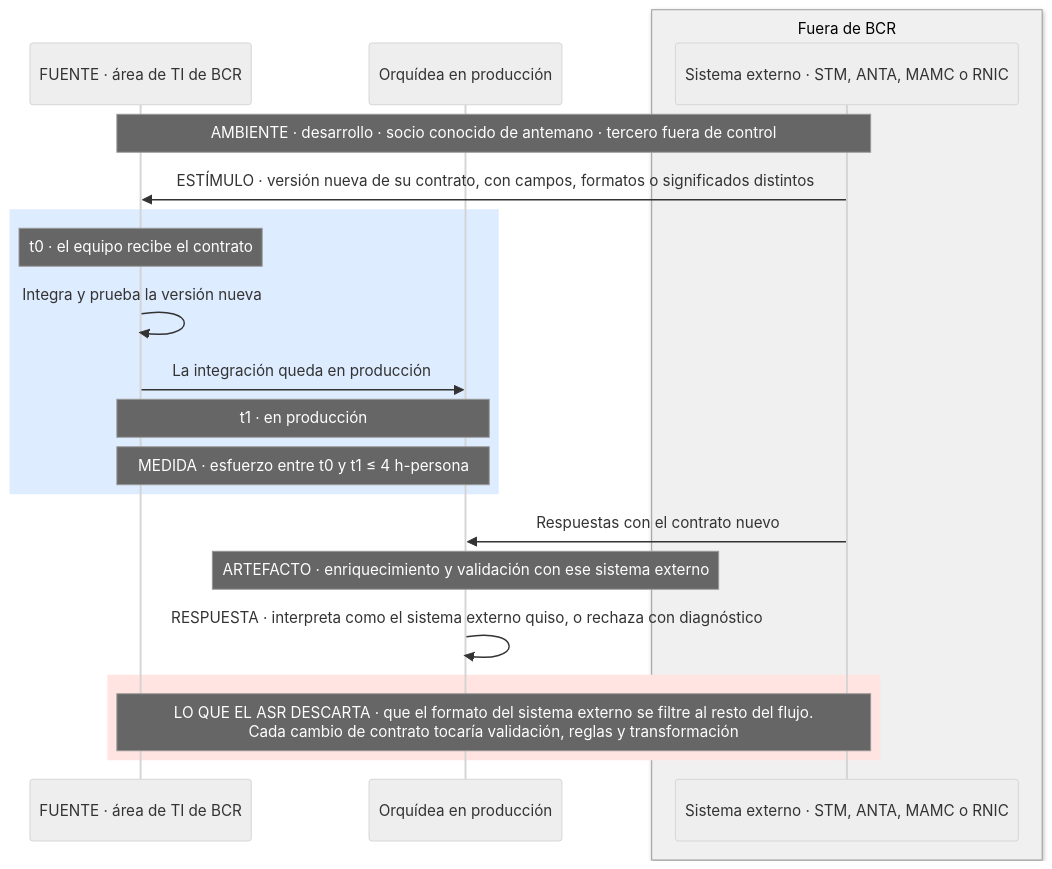
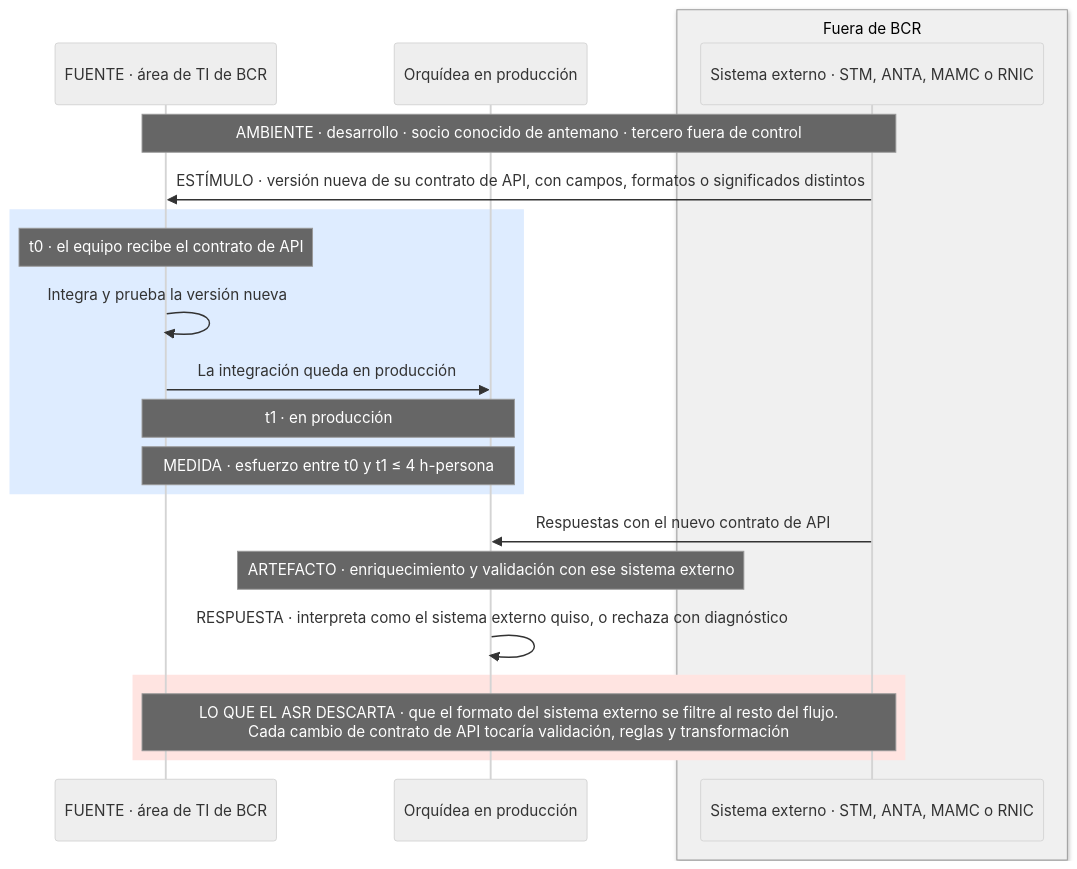
One commit to MATI-MBIT/arqsoft-reto-4 changed the seventh of 17 diagrams in docs/quality-attributes.md. Above: the diagram before and after it, drawn with Mermaid (neutral theme). The commit also changed other lines of this file, not shown here.

Commit message:
Unifica «contrato de API» para los sistemas externos

````diff
--- a/docs/quality-attributes.md
+++ b/docs/quality-attributes.md
@@ -374,23 +374,23 @@
 ```mermaid
 sequenceDiagram
     participant T as FUENTE · área de TI de BCR
     participant O as Orquídea en producción
     box rgb(240,240,240) Fuera de BCR
     participant N as Sistema externo · STM, ANTA, MAMC o RNIC
     end
     Note over T,N: AMBIENTE · desarrollo · socio conocido de antemano · tercero fuera de control
-    N->>T: ESTÍMULO · versión nueva de su contrato, con campos, formatos o significados distintos
+    N->>T: ESTÍMULO · versión nueva de su contrato de API, con campos, formatos o significados distintos
     rect rgb(222, 236, 255)
-    Note over T: t0 · el equipo recibe el contrato
+    Note over T: t0 · el equipo recibe el contrato de API
     T->>T: Integra y prueba la versión nueva
     T->>O: La integración queda en producción
     Note over T,O: t1 · en producción
     Note over T,O: MEDIDA · esfuerzo entre t0 y t1 ≤ 4 h-persona
     end
-    N->>O: Respuestas con el contrato nuevo
+    N->>O: Respuestas con el nuevo contrato de API
     Note over O: ARTEFACTO · enriquecimiento y validación con ese sistema externo
     O->>O: RESPUESTA · interpreta como el sistema externo quiso, o rechaza con diagnóstico
     rect rgb(255, 228, 225)
-    Note over T,N: LO QUE EL ASR DESCARTA · que el formato del sistema externo se filtre al resto del flujo.<br/>Cada cambio de contrato tocaría validación, reglas y transformación
+    Note over T,N: LO QUE EL ASR DESCARTA · que el formato del sistema externo se filtre al resto del flujo.<br/>Cada cambio de contrato de API tocaría validación, reglas y transformación
     end
 ```
````
